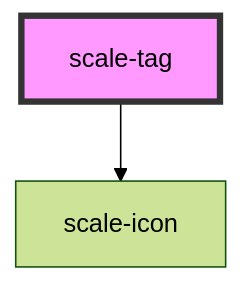
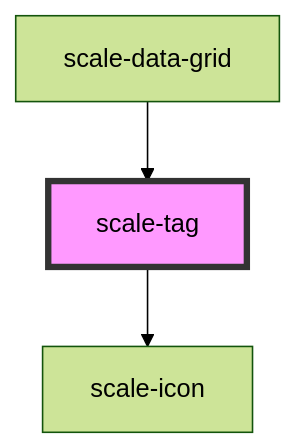
Before and after one commit to gaurishkamat/scale: the diagram in packages/components/src/components/tag/readme.md, drawn with Mermaid (forest theme). The commit also changed other lines of this file and 94 other files, not shown here.

````diff
--- a/packages/components/src/components/tag/readme.md
+++ b/packages/components/src/components/tag/readme.md
@@ -60,5 +64,6 @@
 ```mermaid
 graph TD;
   scale-tag --> scale-icon
+  scale-data-grid --> scale-tag
   style scale-tag fill:#f9f,stroke:#333,stroke-width:4px
 ```
````
